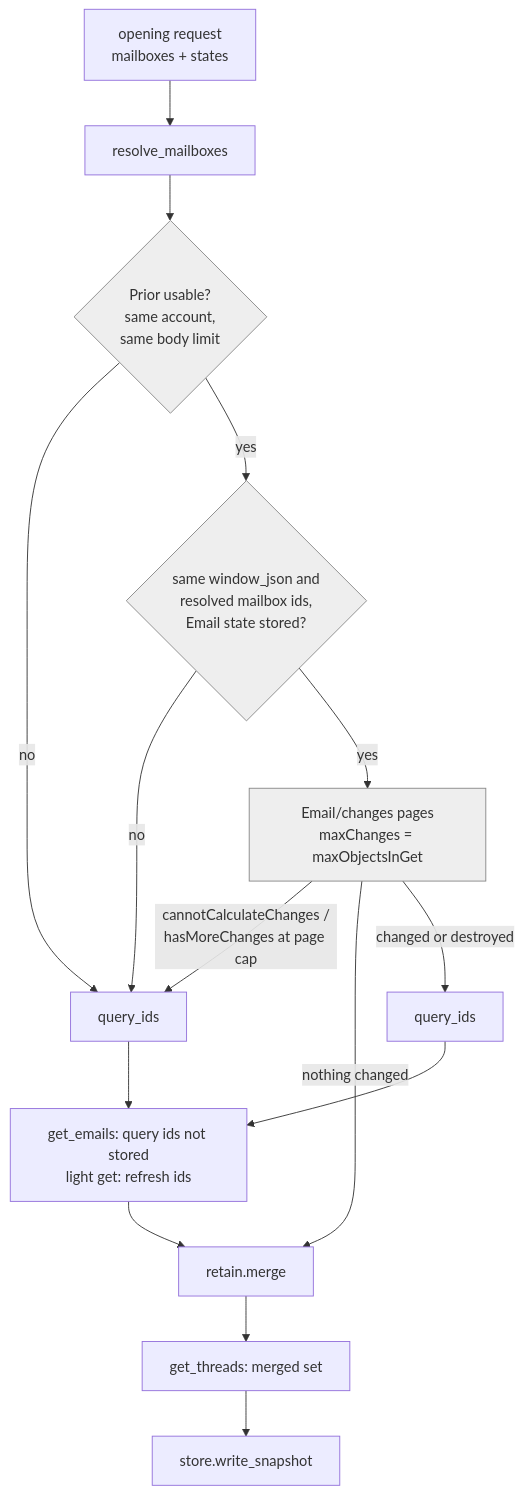
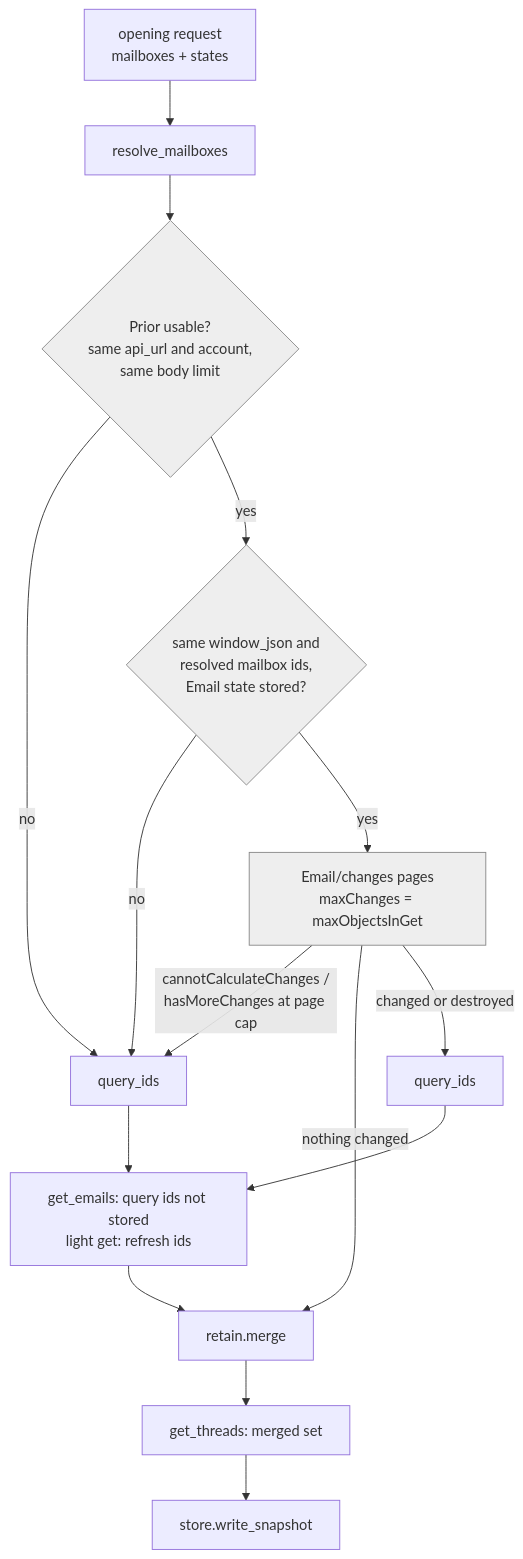
One commit to davidlee/screwtape changed the second of 3 diagrams in .doctrine/slice/002/design.md. Above: the diagram before and after it, drawn with Mermaid. The commit also changed other lines of this file and 7 other files, not shown here.

````diff
--- a/.doctrine/slice/002/design.md
+++ b/.doctrine/slice/002/design.md
@@ -148,19 +148,19 @@
 ```mermaid
 flowchart TD
   open[opening request<br/>mailboxes + states] --> resolve[resolve_mailboxes]
-  resolve --> usable{Prior usable?<br/>same account,<br/>same body limit}
+  resolve --> usable{Prior usable?<br/>same api_url and account,<br/>same body limit}
   usable -- no --> full
   usable -- yes --> same{same window_json and<br/>resolved mailbox ids,<br/>Email state stored?}
   same -- no --> full
   same -- yes --> changes[Email/changes pages<br/>maxChanges = maxObjectsInGet]
   changes -- cannotCalculateChanges /<br/>hasMoreChanges at page cap --> full
   changes -- nothing changed --> merge
   changes -- changed or destroyed --> queryI[query_ids]
   full[query_ids] --> fetch
   queryI --> fetch
   fetch[get_emails: query ids not stored<br/>light get: refresh ids] --> merge
   merge[retain.merge] --> threads[get_threads: merged set]
   threads --> write[store.write_snapshot]
   classDef decide fill:#eee,stroke:#888
   class usable,same,changes decide
 ```
````
